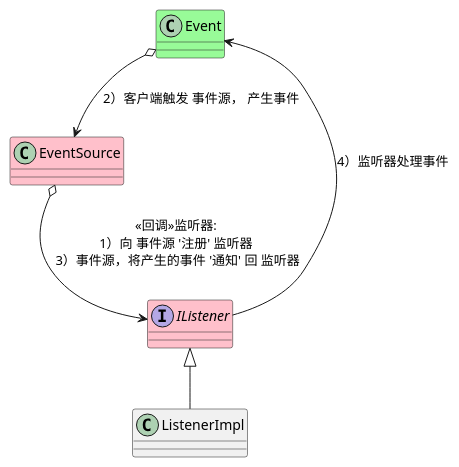
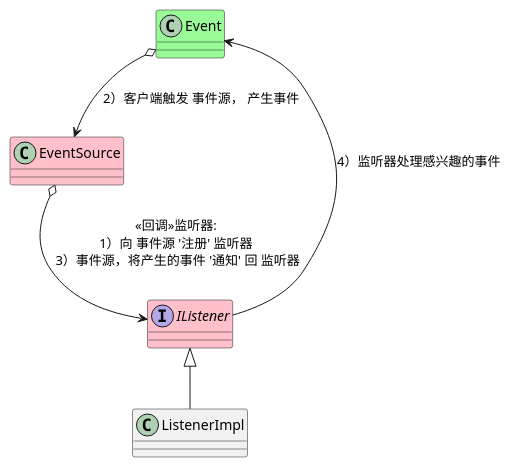
Before and after one commit to wuxiongbo/design_patterns: the diagram in src/main/java/my_demo/monitor/event/Listener.puml, drawn with PlantUML.

Commit message:
监听器

```diff
--- a/src/main/java/my_demo/monitor/event/Listener.puml
+++ b/src/main/java/my_demo/monitor/event/Listener.puml
@@ -1,21 +1,21 @@
 @startuml
 'https://plantuml.com/class-diagram
 
 '回调思想
 '监听器 IListener  注册给  事件源 EventSource
 '事件源 EventSource  回调  监听器 IListener
 
 
 class Event #palegreen
 class EventSource #pink
 interface IListener #pink
 class ListenerImpl
 
 
 EventSource o--> IListener : <<回调>>监听器:\n 1）向 事件源 '注册' 监听器 \n 3）事件源，将产生的事件 '通知' 回 监听器
 Event o--> EventSource : 2）客户端触发 事件源， 产生事件
 IListener <|-- ListenerImpl
-IListener --> Event : 4）监听器处理事件
+IListener --> Event : 4）监听器处理感兴趣的事件
 
 
 @enduml
```
